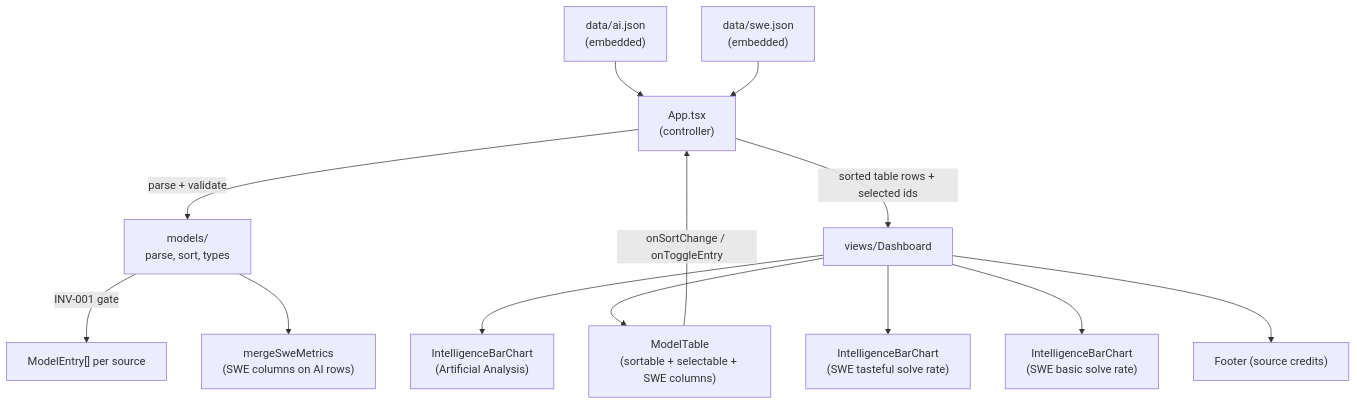
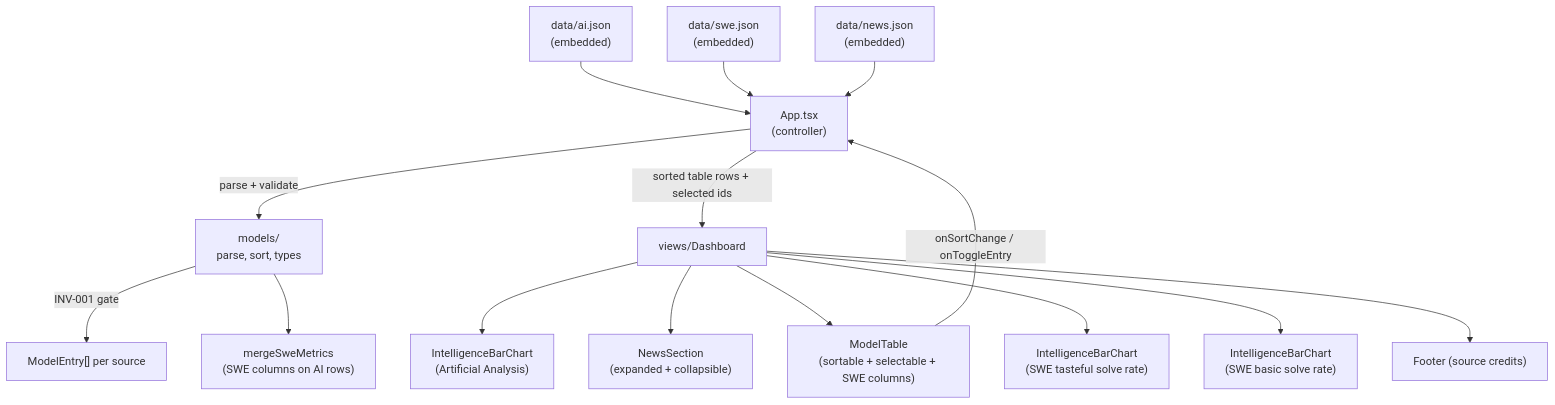
One commit to johnpfeiffer/benchmarks changed the first of 2 diagrams in architecture.md. Above: the diagram before and after it, drawn with Mermaid. The commit also changed other lines of this file and 12 other files, not shown here.

Commit message:
Add Gemini Flash news and polish lead chart

````diff
--- a/architecture.md
+++ b/architecture.md
@@ -22,15 +23,17 @@
 ```mermaid
 flowchart TD
     AIJSON["data/ai.json<br/>(embedded)"] --> App["App.tsx<br/>(controller)"]
     SWEJSON["data/swe.json<br/>(embedded)"] --> App
+    NEWSJSON["data/news.json<br/>(embedded)"] --> App
     App -->|parse + validate| Models["models/<br/>parse, sort, types"]
     Models -->|INV-001 gate| Validated["ModelEntry[] per source"]
     Models --> Merge["mergeSweMetrics<br/>(SWE columns on AI rows)"]
     App -->|sorted table rows + selected ids| Dashboard["views/Dashboard"]
     Dashboard --> ChartA["IntelligenceBarChart<br/>(Artificial Analysis)"]
+    Dashboard --> News["NewsSection<br/>(expanded + collapsible)"]
     Dashboard --> Table["ModelTable<br/>(sortable + selectable + SWE columns)"]
     Dashboard --> ChartB["IntelligenceBarChart<br/>(SWE tasteful solve rate)"]
     Dashboard --> ChartC["IntelligenceBarChart<br/>(SWE basic solve rate)"]
     Dashboard --> Footer["Footer (source credits)"]
     Table -->|onSortChange / onToggleEntry| App
 ```
````
